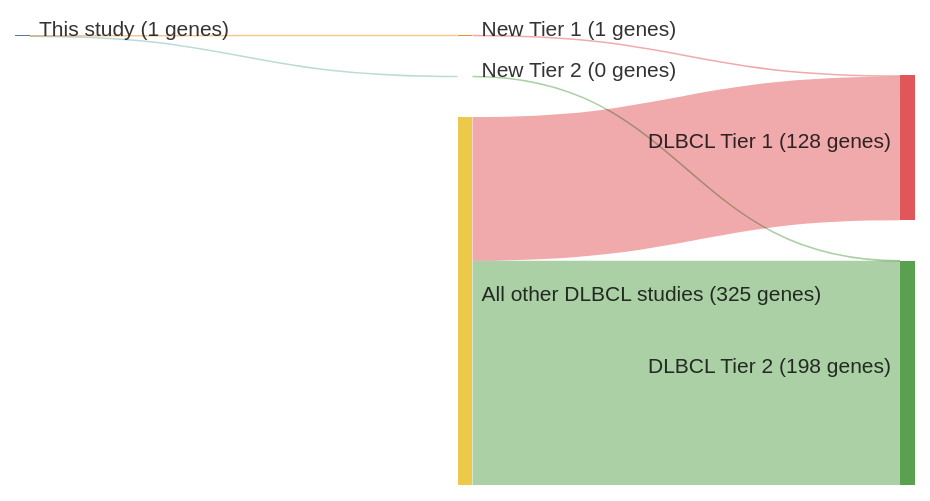
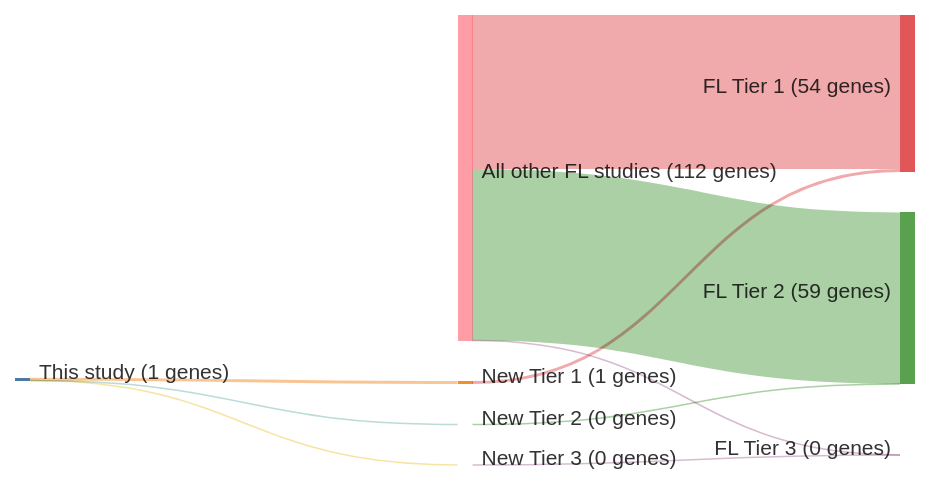
Before and after one commit to morinlab/lymphopedia: the diagram in papers/cheungAcquiredTNFRSF14Mutations2010.md, drawn with Mermaid. The commit also changed other lines of this file and 81 other files, not shown here.

````diff
--- a/papers/cheungAcquiredTNFRSF14Mutations2010.md
+++ b/papers/cheungAcquiredTNFRSF14Mutations2010.md
@@ -13,20 +12,23 @@
 ```mermaid
 ---
 config:
     sankey:
         showValues: true
         linkColor: target
         width: 600
         height: 300
         nodeAlignment: right
         prefix: '('
         suffix: ' genes)'
 ---
 sankey-beta
 This study, New Tier 1, 1
-New Tier 1, DLBCL Tier 1, 1
+New Tier 1, FL Tier 1, 1
 This study, New Tier 2, 0
-New Tier 2, DLBCL Tier 2, 0
-All other DLBCL studies, DLBCL Tier 1, 127
-All other DLBCL studies, DLBCL Tier 2, 198
+New Tier 2, FL Tier 2, 0
+This study, New Tier 3, 0
+New Tier 3, FL Tier 3, 0
+All other FL studies, FL Tier 1, 53
+All other FL studies, FL Tier 2, 59
+All other FL studies, FL Tier 3, 0
 ```
````
